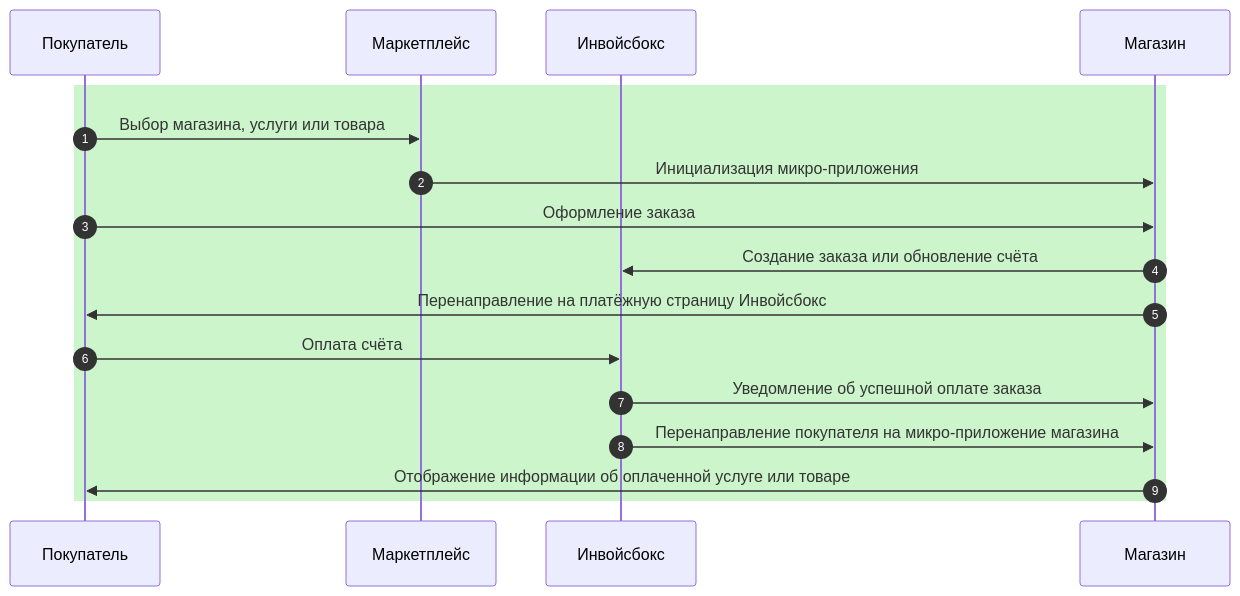
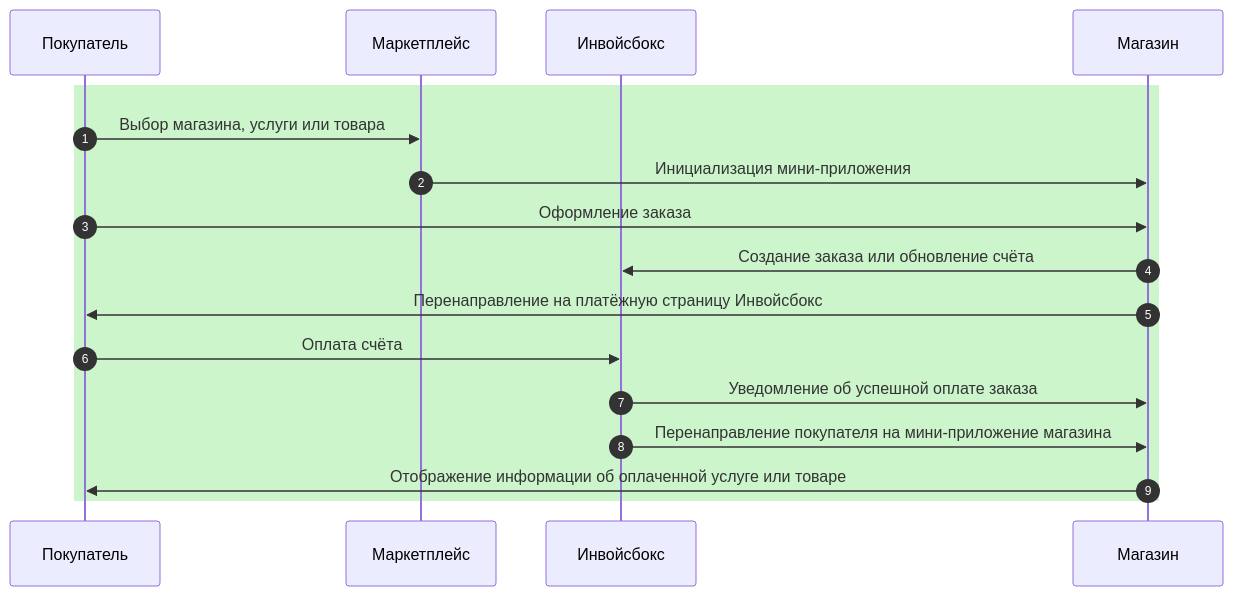
The diagram in docs/marketplace/schema.md (YIGRIKY/invoicebox-docs), drawn with Mermaid before and after one commit. The commit also changed other lines of this file and 1 other file, not shown here.

```diff
--- a/docs/marketplace/schema.md
+++ b/docs/marketplace/schema.md
@@ -11,19 +11,19 @@
 <div class="mermaid">
 sequenceDiagram
     autonumber
     participant Покупатель
     participant Маркетплейс
     participant Инвойсбокс
     participant Магазин
     rect rgb(204, 245, 204)
       Покупатель->>Маркетплейс: Выбор магазина, услуги или товара
-      Маркетплейс->>Магазин: Инициализация микро-приложения
+      Маркетплейс->>Магазин: Инициализация мини-приложения
       Покупатель->>Магазин: Оформление заказа
       Магазин->>Инвойсбокс: Создание заказа или обновление счёта
       Магазин->>Покупатель: Перенаправление на платёжную страницу Инвойсбокс
       Покупатель->>Инвойсбокс: Оплата счёта
       Инвойсбокс->>Магазин: Уведомление об успешной оплате заказа
-      Инвойсбокс->>Магазин: Перенаправление покупателя на микро-приложение магазина
+      Инвойсбокс->>Магазин: Перенаправление покупателя на мини-приложение магазина
       Магазин->>Покупатель: Отображение информации об оплаченной услуге или товаре
     end
 </div>
```
